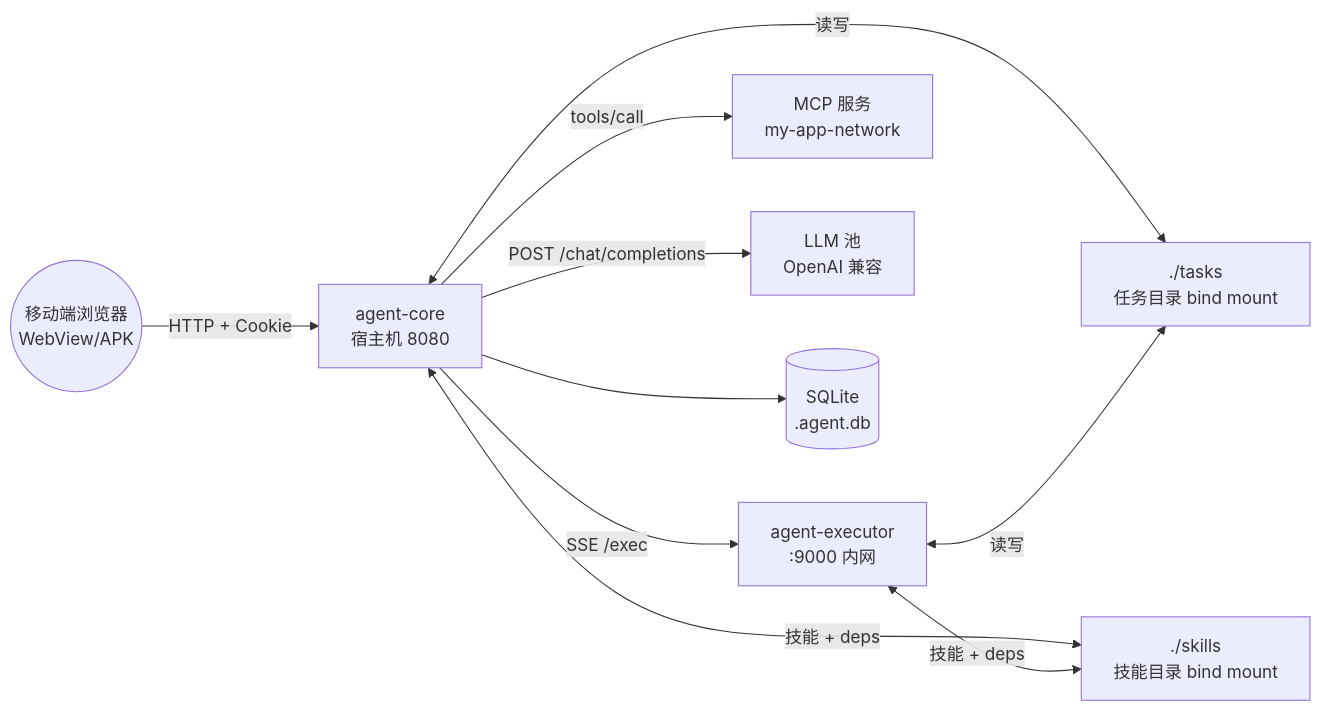
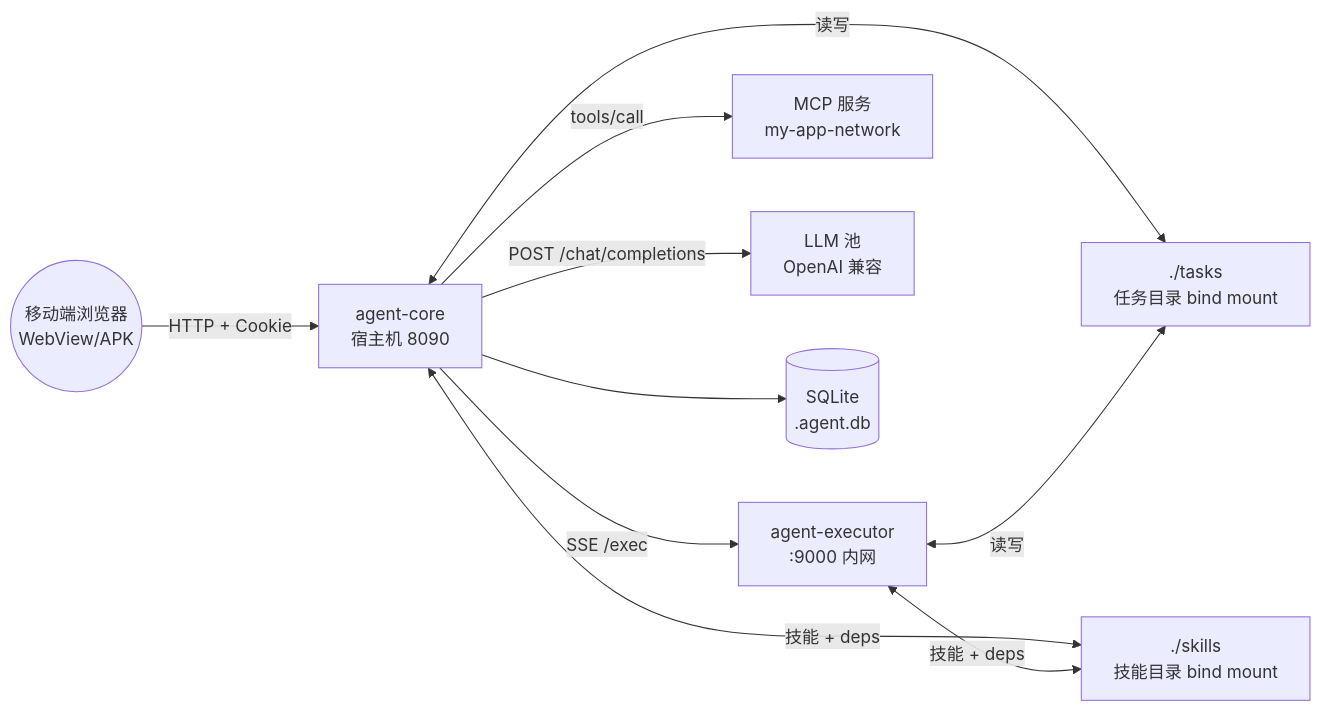
The first of 5 diagrams in docs/ARCHITECTURE.md (kicer/agent), drawn with Mermaid before and after one commit. The commit also changed 4 other files, not shown here.

````diff
--- a/docs/ARCHITECTURE.md
+++ b/docs/ARCHITECTURE.md
@@ -84,21 +84,21 @@
 ```mermaid
 graph LR
     Browser((移动端浏览器<br/>WebView/APK))
-    Core[agent-core<br/>宿主机 8080]
+    Core[agent-core<br/>宿主机 8090]
     Exec[agent-executor<br/>:9000 内网]
     MCP[MCP 服务<br/>my-app-network]
     LLM[LLM 池<br/>OpenAI 兼容]
     Tasks[./tasks<br/>任务目录 bind mount]
     Skills[./skills<br/>技能目录 bind mount]
     DB[(SQLite<br/>.agent.db)]
 
     Browser -->|HTTP + Cookie| Core
     Core -->|SSE /exec| Exec
     Core -->|POST /chat/completions| LLM
     Core -->|tools/call| MCP
     Core <-->|读写| Tasks
     Exec <-->|读写| Tasks
     Core <-->|技能 + deps| Skills
     Exec <-->|技能 + deps| Skills
     Core --> DB
 ```
````
